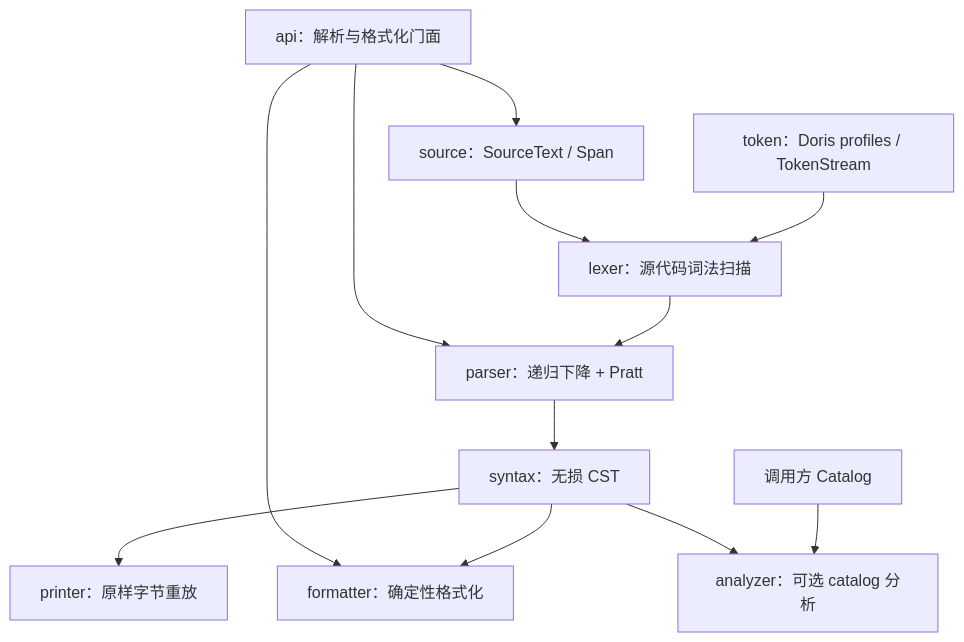
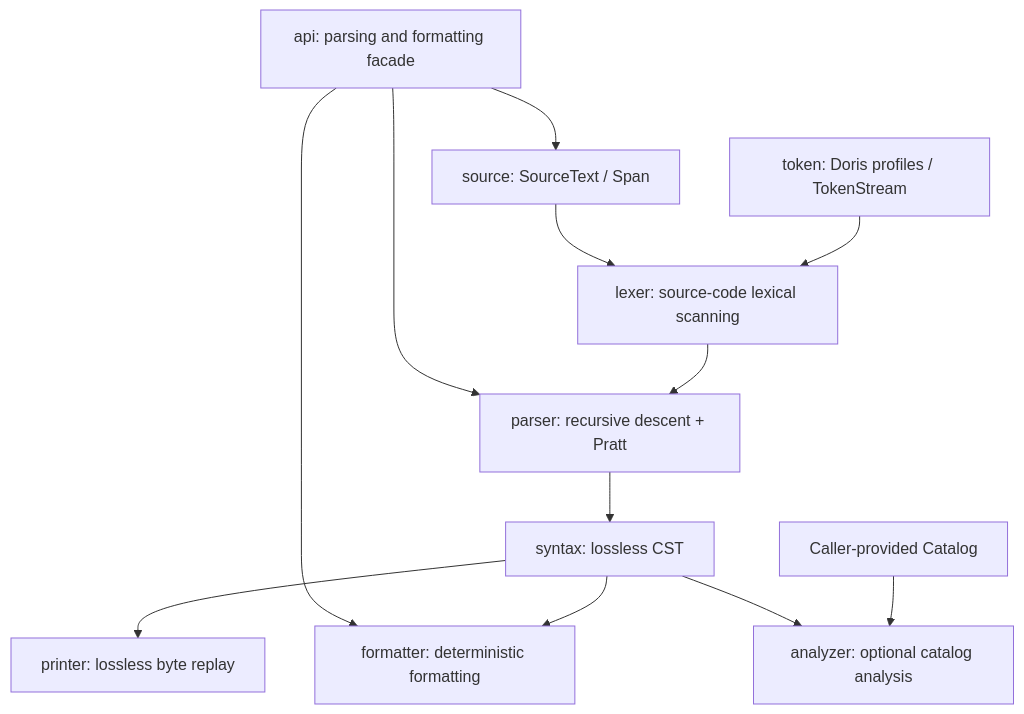
Before and after one commit to tchivs/fathom-sql: the diagram in docs/ARCHITECTURE.md, drawn with Mermaid. The commit also changed other lines of this file and 13 other files, not shown here.

````diff
--- a/docs/ARCHITECTURE.md
+++ b/docs/ARCHITECTURE.md
@@ -12,14 +13,14 @@
 ```mermaid
 graph TD
-    API[api：解析与格式化门面] --> Source[source：SourceText / Span]
-    API --> Parser[parser：递归下降 + Pratt]
-    API --> Formatter[formatter：确定性格式化]
-    Source --> Lexer[lexer：源代码词法扫描]
-    Profiles[token：Doris profiles / TokenStream] --> Lexer
+    API[api: parsing and formatting facade] --> Source[source: SourceText / Span]
+    API --> Parser[parser: recursive descent + Pratt]
+    API --> Formatter[formatter: deterministic formatting]
+    Source --> Lexer[lexer: source-code lexical scanning]
+    Profiles[token: Doris profiles / TokenStream] --> Lexer
     Lexer --> Parser
-    Parser --> Syntax[syntax：无损 CST]
-    Syntax --> Printer[printer：原样字节重放]
+    Parser --> Syntax[syntax: lossless CST]
+    Syntax --> Printer[printer: lossless byte replay]
     Syntax --> Formatter
-    Syntax --> Analyzer[analyzer：可选 catalog 分析]
-    Catalog[调用方 Catalog] --> Analyzer
+    Syntax --> Analyzer[analyzer: optional catalog analysis]
+    Catalog[Caller-provided Catalog] --> Analyzer
 ```
````
